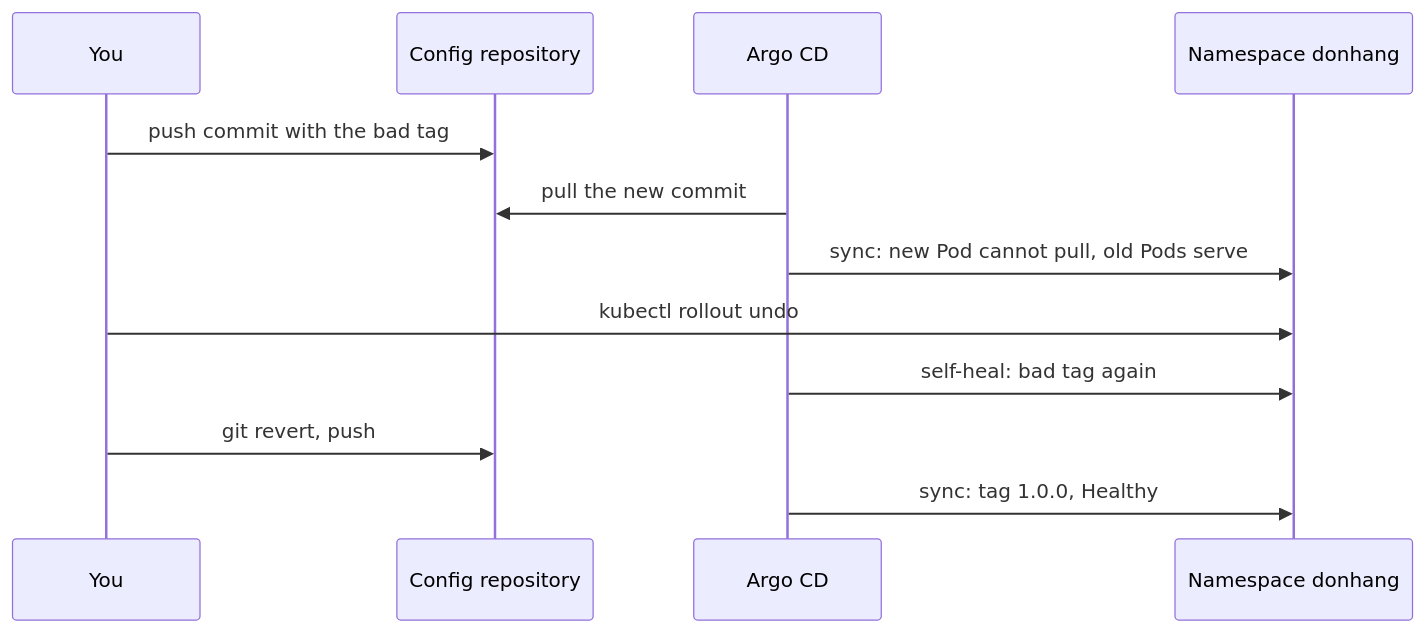
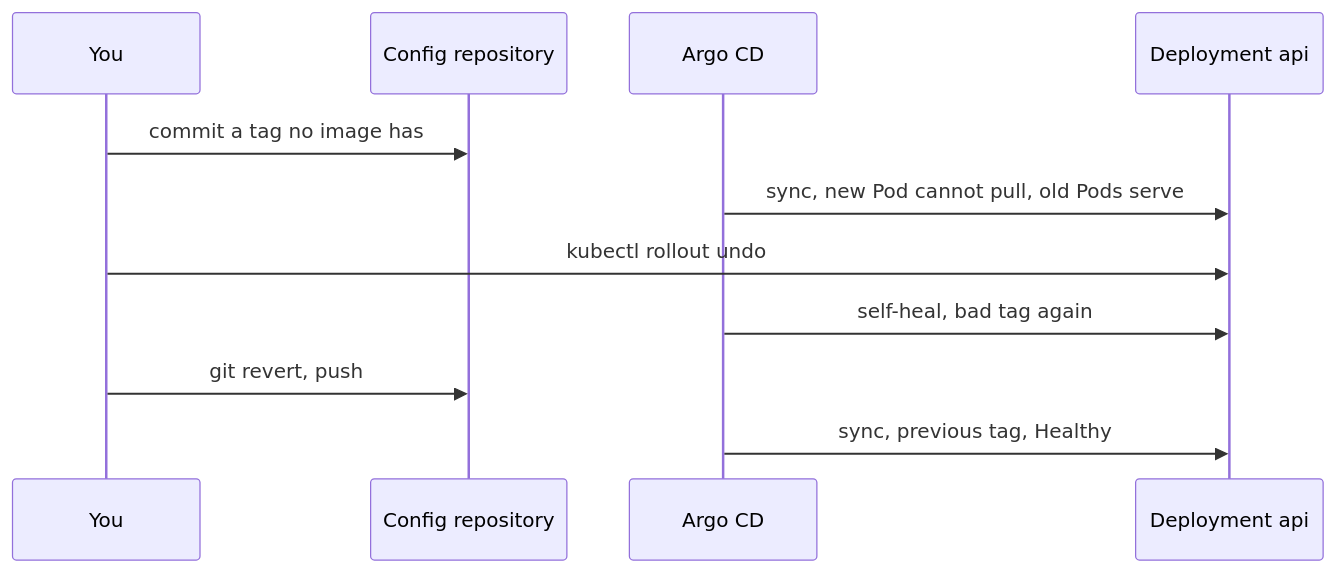
One commit to duyan11110/lo-trinh-architect changed the diagram in content/tracks/devops/gitops/devops.l3.rollback-by-revert.en.md. Above: the diagram before and after it, drawn with Mermaid. The commit also changed other lines of this file and 29 other files, not shown here.

````diff
--- a/content/tracks/devops/gitops/devops.l3.rollback-by-revert.en.md
+++ b/content/tracks/devops/gitops/devops.l3.rollback-by-revert.en.md
@@ -44,14 +42,13 @@
 ```mermaid
 sequenceDiagram
   participant Y as You
   participant G as Config repository
   participant C as Argo CD
-  participant K as Namespace donhang
-  Y->>G: push commit with the bad tag
-  C->>G: pull the new commit
-  C->>K: sync: new Pod cannot pull, old Pods serve
-  Y->>K: kubectl rollout undo
-  C->>K: self-heal: bad tag again
+  participant D as Deployment api
+  Y->>G: commit a tag no image has
+  C->>D: sync, new Pod cannot pull, old Pods serve
+  Y->>D: kubectl rollout undo
+  C->>D: self-heal, bad tag again
   Y->>G: git revert, push
-  C->>K: sync: tag 1.0.0, Healthy
+  C->>D: sync, previous tag, Healthy
 ```
````
